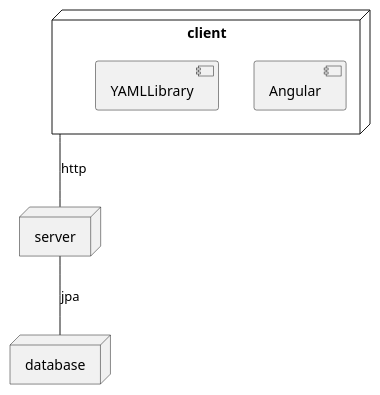
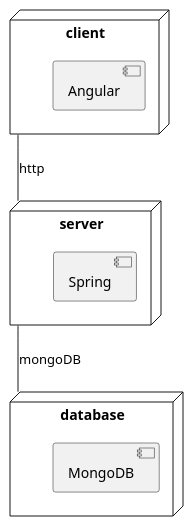
One commit to x-USantaTecla-project-ustUML/requirements changed the first of 2 diagrams in docs/diagrams/src/design.wsd. Above: the diagram before and after it, drawn with PlantUML. The commit also changed 6 other files, not shown here.

Commit message:
Modified some diagramsç

```diff
--- a/docs/diagrams/src/design.wsd
+++ b/docs/diagrams/src/design.wsd
@@ -1,13 +1,17 @@
 @startuml deployView
 
 node client { 
     component Angular
-    component YAMLLibrary
 }
 
-node server
-node database
+node server {
+    component Spring
+}
 
-client -- server: http
-server -- database: jpa
+node database {
+    component MongoDB
+}
+
+client -down- server: http
+server -down- database: mongoDB
 @enduml
```
